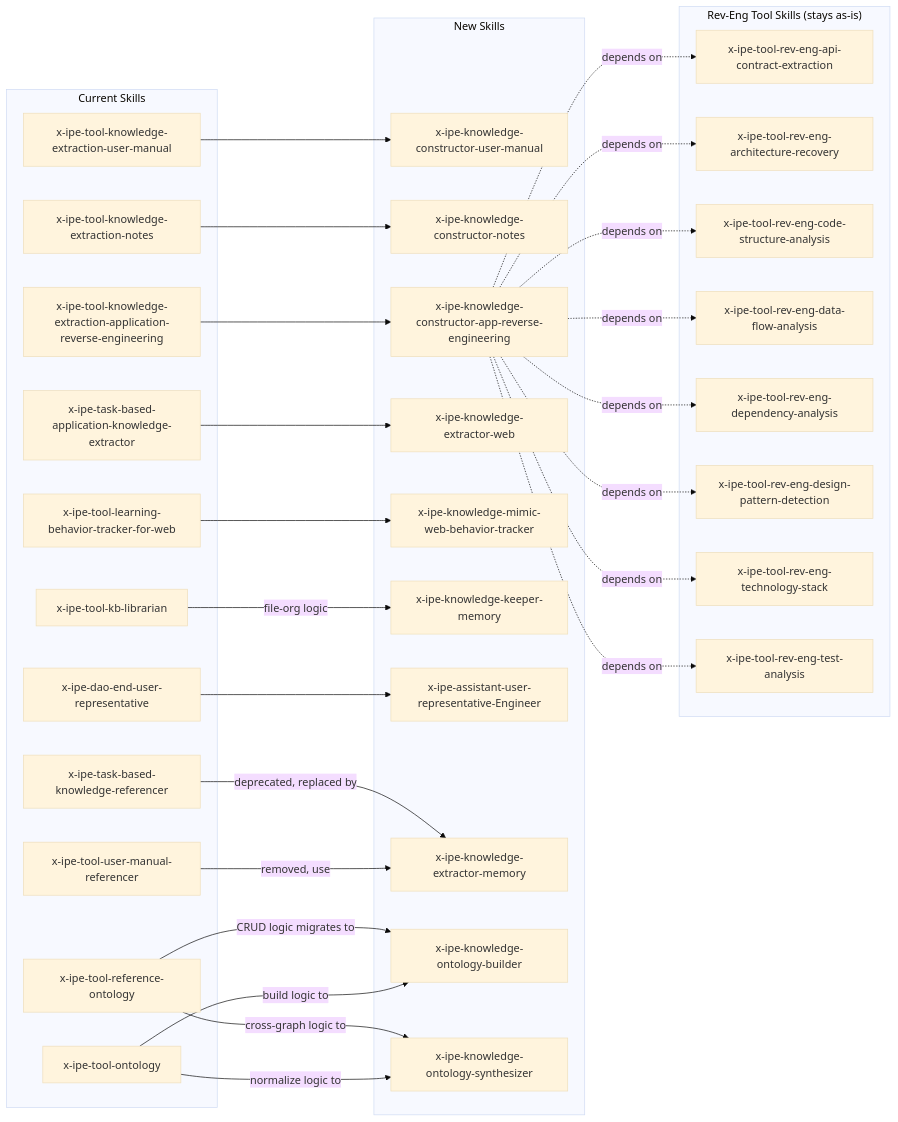
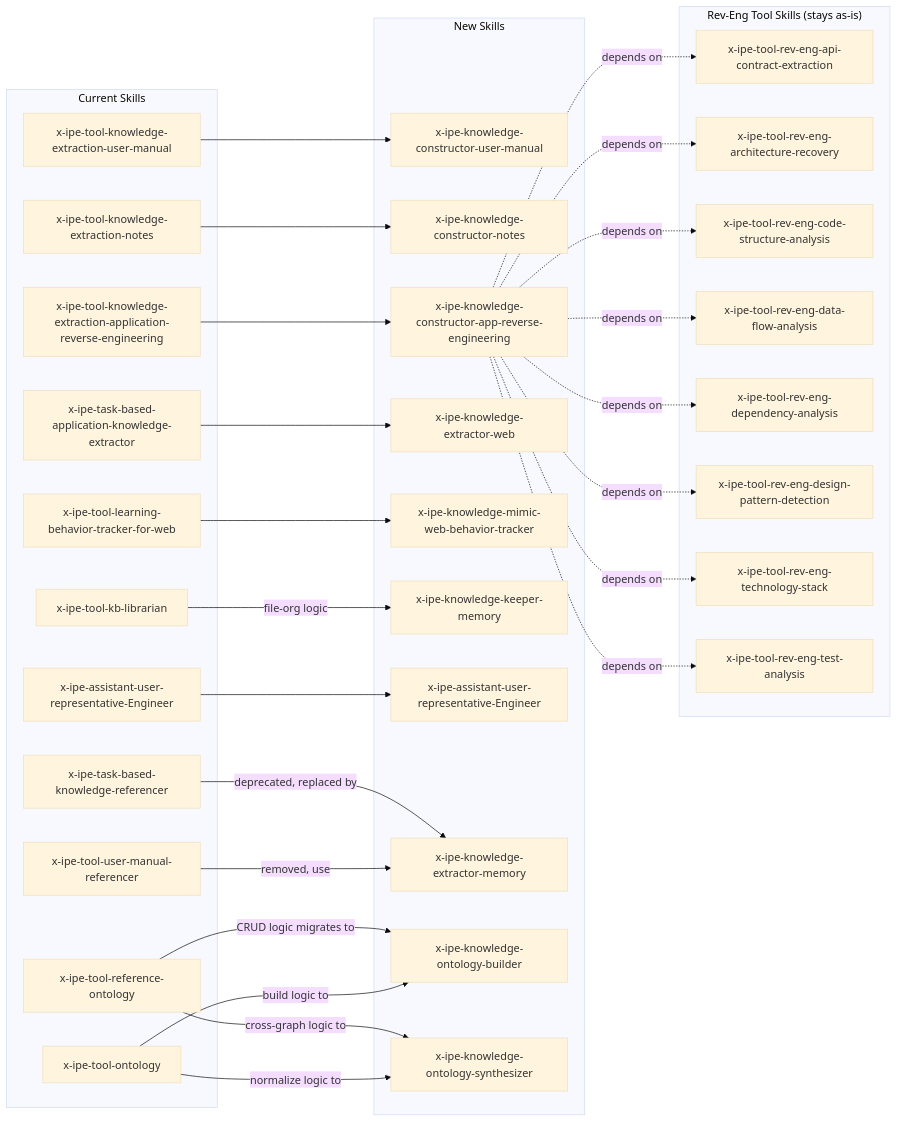
One commit to Young-Z/X-IPE changed the second of 2 diagrams in x-ipe-docs/ideas/041. CR-Rebuild Knowledge Skills/idea-summary-v1.md. Above: the diagram before and after it, drawn with Mermaid (base theme). The commit also changed other lines of this file and 282 other files, not shown here.

````diff
--- a/x-ipe-docs/ideas/041. CR-Rebuild Knowledge Skills/idea-summary-v1.md
+++ b/x-ipe-docs/ideas/041. CR-Rebuild Knowledge Skills/idea-summary-v1.md
@@ -587,63 +587,63 @@
 ```mermaid
 flowchart LR
     subgraph Current["Current Skills"]
         A1["x-ipe-tool-knowledge-extraction-user-manual"]
         A2["x-ipe-tool-knowledge-extraction-notes"]
         A3["x-ipe-tool-knowledge-extraction-application-reverse-engineering"]
         A4["x-ipe-task-based-application-knowledge-extractor"]
         A5["x-ipe-tool-learning-behavior-tracker-for-web"]
         A6["x-ipe-tool-kb-librarian"]
-        A7["x-ipe-dao-end-user-representative"]
+        A7["x-ipe-assistant-user-representative-Engineer"]
         A8["x-ipe-task-based-knowledge-referencer"]
         A9["x-ipe-tool-reference-ontology"]
         A10["x-ipe-tool-ontology"]
         A11["x-ipe-tool-user-manual-referencer"]
     end
 
     subgraph RevEng["Rev-Eng Tool Skills (stays as-is)"]
         R1["x-ipe-tool-rev-eng-api-contract-extraction"]
         R2["x-ipe-tool-rev-eng-architecture-recovery"]
         R3["x-ipe-tool-rev-eng-code-structure-analysis"]
         R4["x-ipe-tool-rev-eng-data-flow-analysis"]
         R5["x-ipe-tool-rev-eng-dependency-analysis"]
         R6["x-ipe-tool-rev-eng-design-pattern-detection"]
         R7["x-ipe-tool-rev-eng-technology-stack"]
         R8["x-ipe-tool-rev-eng-test-analysis"]
     end
 
     subgraph New["New Skills"]
         B1["x-ipe-knowledge-constructor-user-manual"]
         B2["x-ipe-knowledge-constructor-notes"]
         B3["x-ipe-knowledge-constructor-app-reverse-engineering"]
         B4["x-ipe-knowledge-extractor-web"]
         B5["x-ipe-knowledge-mimic-web-behavior-tracker"]
         B6["x-ipe-knowledge-keeper-memory"]
         B7["x-ipe-assistant-user-representative-Engineer"]
         B8["x-ipe-knowledge-extractor-memory"]
         O1["x-ipe-knowledge-ontology-builder"]
         O2["x-ipe-knowledge-ontology-synthesizer"]
     end
 
     A1 --> B1
     A2 --> B2
     A3 --> B3
     A4 --> B4
     A5 --> B5
     A6 -->|"file-org logic"| B6
     A7 --> B7
     A8 -->|"deprecated, replaced by"| B8
     A9 -->|"CRUD logic migrates to"| O1
     A9 -->|"cross-graph logic to"| O2
     A10 -->|"build logic to"| O1
     A10 -->|"normalize logic to"| O2
     A11 -->|"removed, use"| B8
 
     B3 -.->|"depends on"| R1
     B3 -.->|"depends on"| R2
     B3 -.->|"depends on"| R3
     B3 -.->|"depends on"| R4
     B3 -.->|"depends on"| R5
     B3 -.->|"depends on"| R6
     B3 -.->|"depends on"| R7
     B3 -.->|"depends on"| R8
 ```
````
